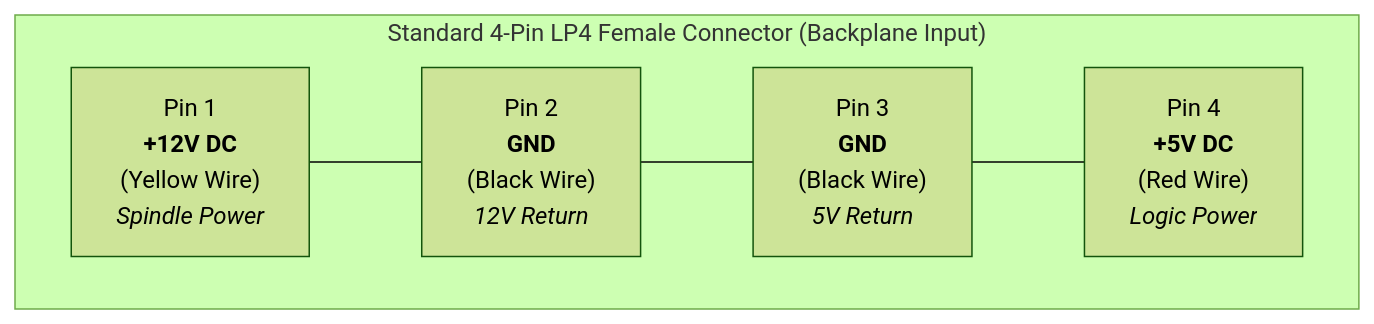
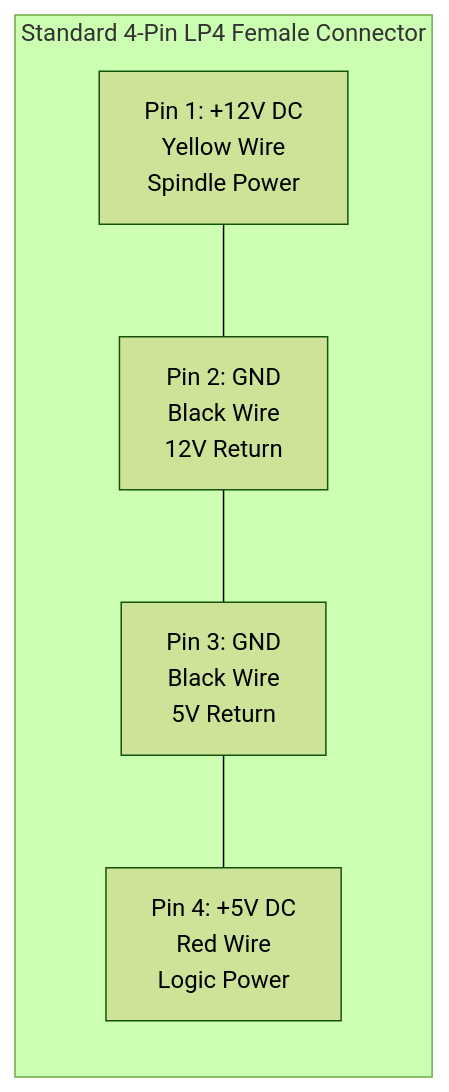
Before and after one commit to Lukas0923xcv/JBOD: the second of 3 diagrams in docs/wiring_and_assembly.md, drawn with Mermaid (forest theme). The commit also changed other lines of this file and 5 other files, not shown here.

Commit message:
Standardize on Mean Well RSP-200-12, RSP-500-12, and LRS-150F-5; sanitize all Mermaid diagrams

````diff
--- a/docs/wiring_and_assembly.md
+++ b/docs/wiring_and_assembly.md
@@ -85,9 +81,8 @@
 ```mermaid
 flowchart LR
-    subgraph Molex ["Standard 4-Pin LP4 Female Connector (Backplane Input)"]
-        direction LR
-        P1["Pin 1<br><b>+12V DC</b><br>(Yellow Wire)<br><i>Spindle Power</i>"] --- P2["Pin 2<br><b>GND</b><br>(Black Wire)<br><i>12V Return</i>"]
-        P2 --- P3["Pin 3<br><b>GND</b><br>(Black Wire)<br><i>5V Return</i>"]
-        P3 --- P4["Pin 4<br><b>+5V DC</b><br>(Red Wire)<br><i>Logic Power</i>"]
+    subgraph Molex ["Standard 4-Pin LP4 Female Connector"]
+        P1["Pin 1: +12V DC<br>Yellow Wire<br>Spindle Power"] --- P2["Pin 2: GND<br>Black Wire<br>12V Return"]
+        P2 --- P3["Pin 3: GND<br>Black Wire<br>5V Return"]
+        P3 --- P4["Pin 4: +5V DC<br>Red Wire<br>Logic Power"]
     end
 ```
````
